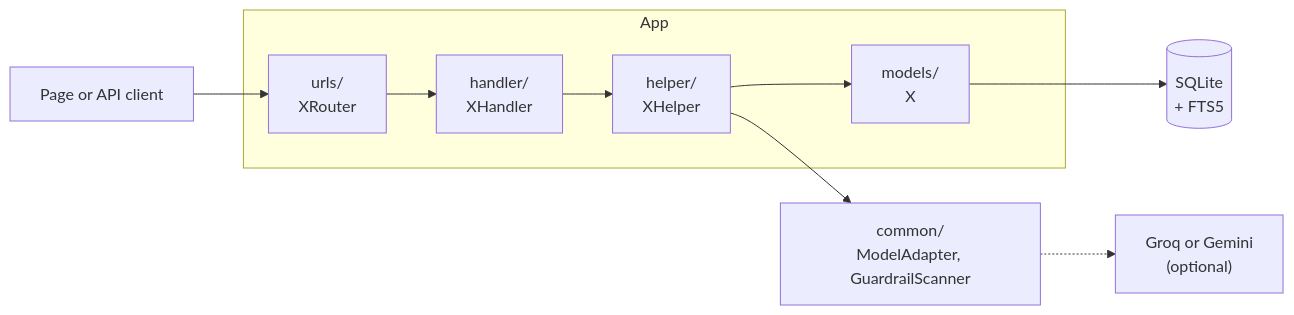
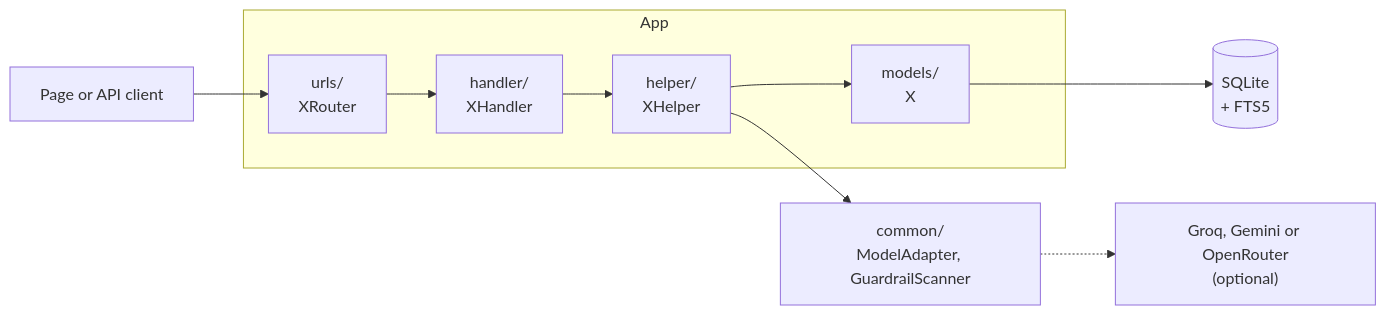
The second of 3 diagrams in README.md (Shubham070520/TRUSTDESK-CAPSTONE), drawn with Mermaid before and after one commit. The commit also changed other lines of this file and 6 other files, not shown here.

First line of the commit message:
Add OpenRouter as a hosted model provider

````diff
--- a/README.md
+++ b/README.md
@@ -299,12 +299,12 @@
 ```mermaid
 flowchart LR
     Client["Page or API client"] --> Router
     subgraph App
         Router["urls/<br>XRouter"] --> Handler["handler/<br>XHandler"]
         Handler --> Helper["helper/<br>XHelper"]
         Helper --> Model["models/<br>X"]
     end
     Model --> DB[("SQLite<br>+ FTS5")]
     Helper --> Common["common/<br>ModelAdapter, GuardrailScanner"]
-    Common -.-> Provider["Groq or Gemini<br>(optional)"]
+    Common -.-> Provider["Groq, Gemini or OpenRouter<br>(optional)"]
 ```
````
